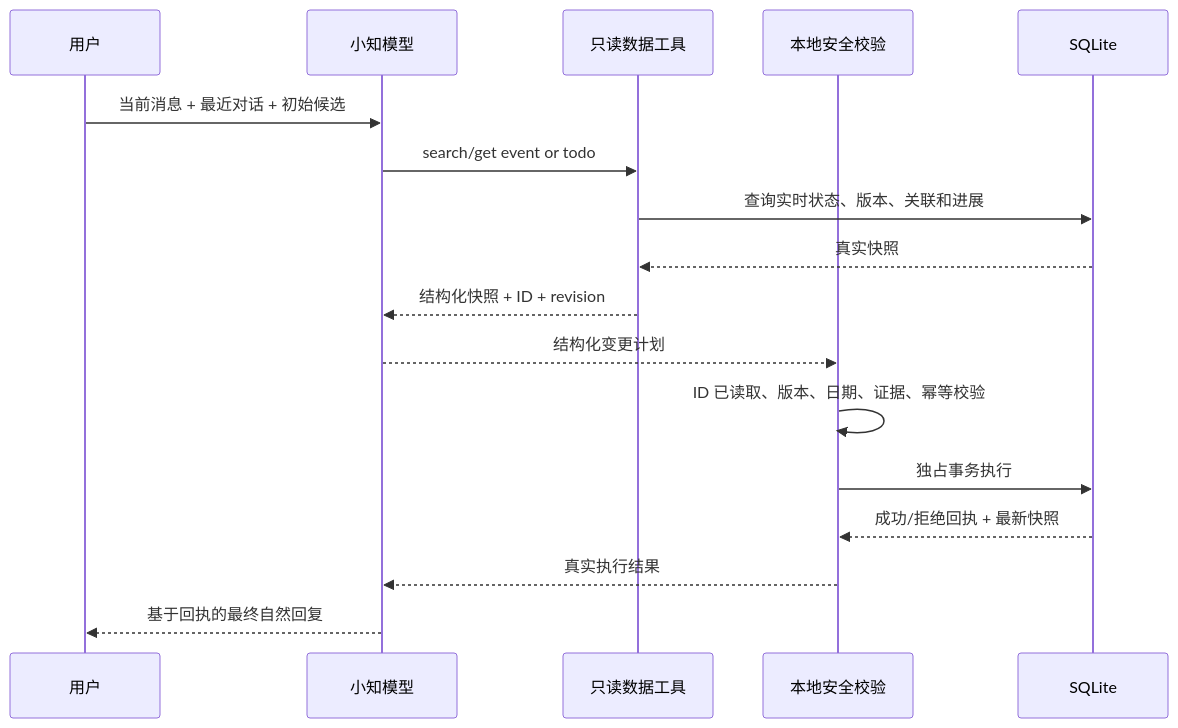
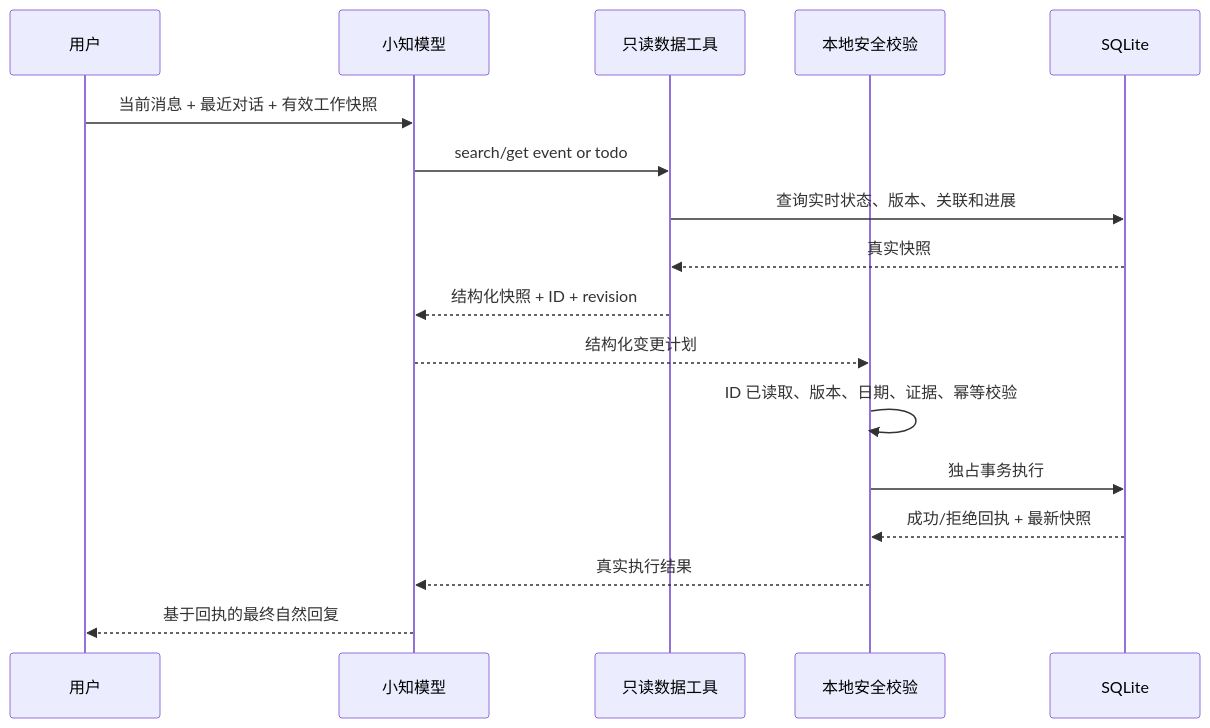
One commit to hannahxue99/assistant-app changed the first of 2 diagrams in docs/plans/2026-09-17-xiaozhi-grounded-actions-design.md. Above: the diagram before and after it, drawn with Mermaid. The commit also changed other lines of this file and 9 other files, not shown here.

````diff
--- a/docs/plans/2026-09-17-xiaozhi-grounded-actions-design.md
+++ b/docs/plans/2026-09-17-xiaozhi-grounded-actions-design.md
@@ -44,20 +44,20 @@
 ```mermaid
 sequenceDiagram
     participant U as 用户
     participant A as 小知模型
     participant T as 只读数据工具
     participant V as 本地安全校验
     participant DB as SQLite
 
-    U->>A: 当前消息 + 最近对话 + 初始候选
+    U->>A: 当前消息 + 最近对话 + 有效工作快照
     A->>T: search/get event or todo
     T->>DB: 查询实时状态、版本、关联和进展
     DB-->>T: 真实快照
     T-->>A: 结构化快照 + ID + revision
     A-->>V: 结构化变更计划
     V->>V: ID 已读取、版本、日期、证据、幂等校验
     V->>DB: 独占事务执行
     DB-->>V: 成功/拒绝回执 + 最新快照
     V-->>A: 真实执行结果
     A-->>U: 基于回执的最终自然回复
 ```
````
